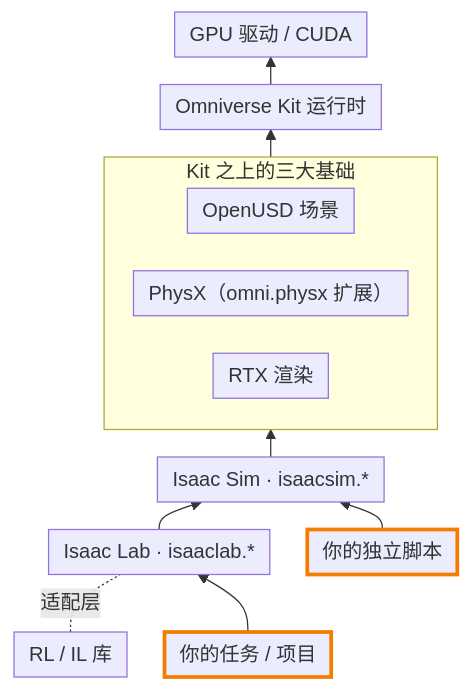
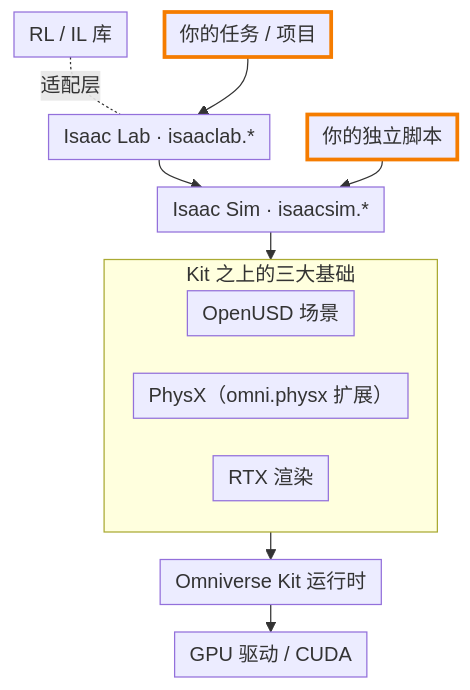
One commit to ueasycallme/academy changed the first of 2 diagrams in docs/0-map/0.2-layers.md. Above: the diagram before and after it, drawn with Mermaid. The commit also changed other lines of this file and 5 other files, not shown here.

First line of the commit message:
T-0.2b: 分层依赖图措辞修正与图方向修复

````diff
--- a/docs/0-map/0.2-layers.md
+++ b/docs/0-map/0.2-layers.md
@@ -27,28 +27,28 @@
 ```mermaid
 %%{init: {"flowchart": {"rankSpacing": 22, "nodeSpacing": 30, "padding": 6}}}%%
-flowchart BT
+flowchart TB
     GPU["GPU 驱动 / CUDA"]
     KIT["Omniverse Kit 运行时"]
     subgraph FOUND["Kit 之上的三大基础"]
         direction LR
         USD["OpenUSD 场景"]
         PHYSX["PhysX（omni.physx 扩展）"]
         RTX["RTX 渲染"]
     end
     SIM["Isaac Sim · isaacsim.*"]
     LAB["Isaac Lab · isaaclab.*"]
     RL["RL / IL 库"]
     USER1["你的任务 / 项目"]
     USER2["你的独立脚本"]
 
     KIT --> GPU
     FOUND --> KIT
     SIM --> FOUND
     LAB --> SIM
     RL -. 适配层 .- LAB
     USER1 --> LAB
     USER2 --> SIM
 
     classDef user stroke:#f57c00,stroke-width:3px
     class USER1,USER2 user
 ```
````
